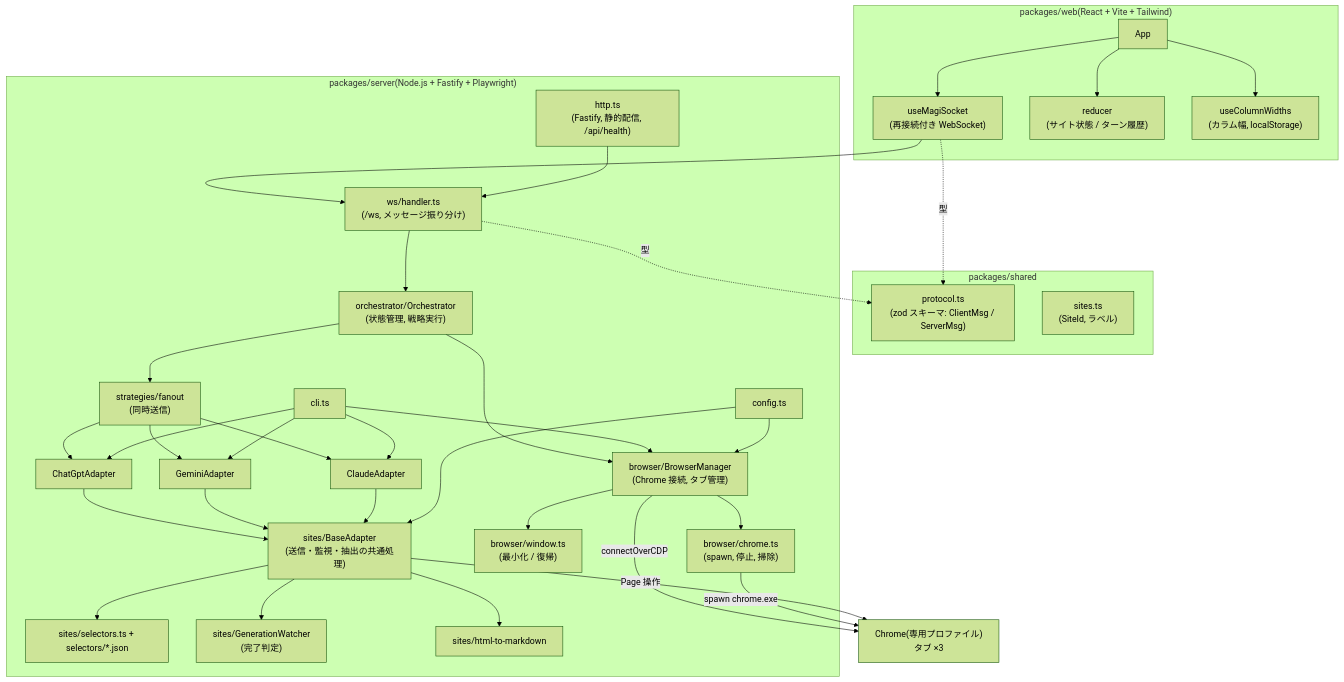
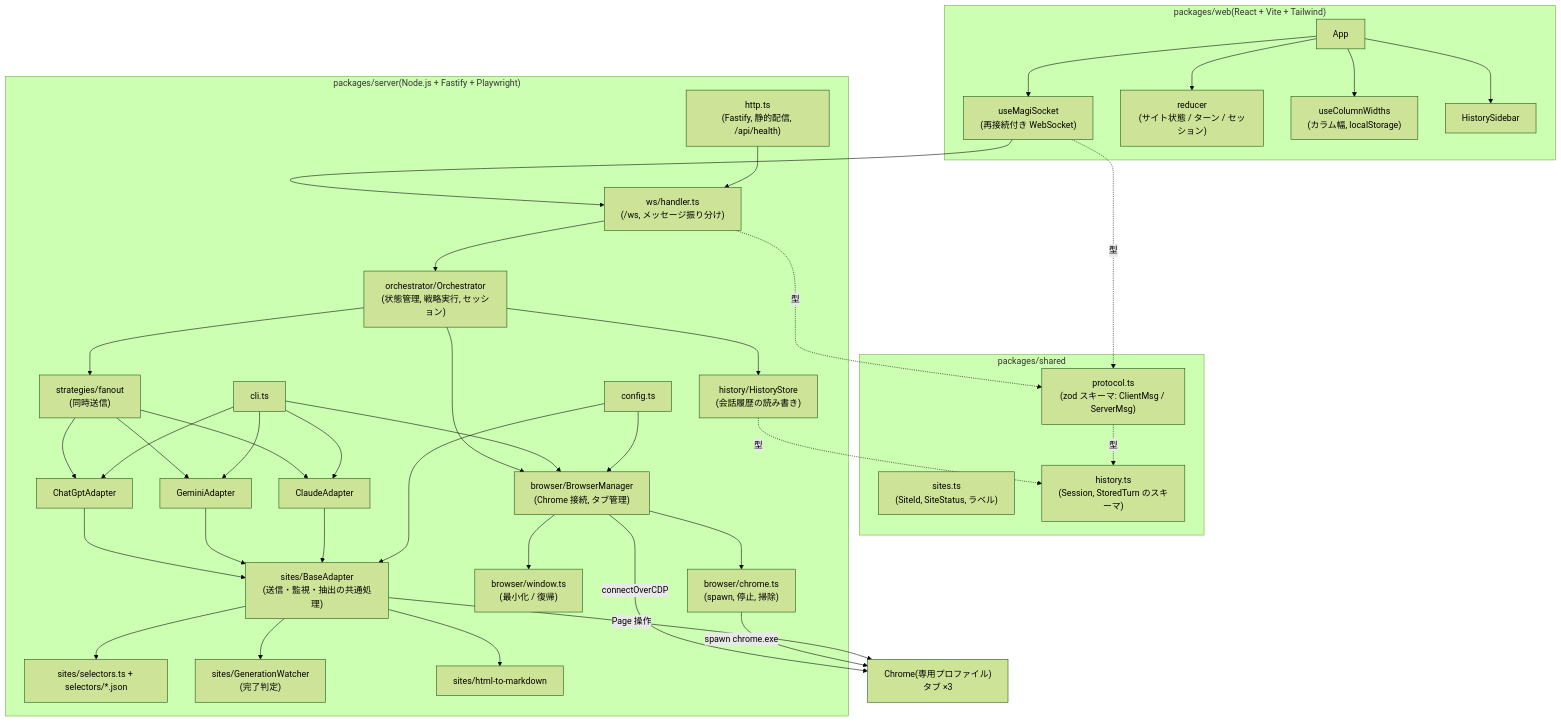
Before and after one commit to MotoyukiKatsumata/katsu-magi: the first of 12 diagrams in docs/design.md, drawn with Mermaid (forest theme). The commit also changed other lines of this file and 29 other files, not shown here.

````diff
--- a/docs/design.md
+++ b/docs/design.md
@@ -49,53 +49,60 @@
 ```mermaid
 flowchart TB
     subgraph web["packages/web(React + Vite + Tailwind)"]
         APP["App"]
         SOCK["useMagiSocket<br/>(再接続付き WebSocket)"]
-        RED["reducer<br/>(サイト状態 / ターン履歴)"]
+        RED["reducer<br/>(サイト状態 / ターン / セッション)"]
         COLW["useColumnWidths<br/>(カラム幅, localStorage)"]
+        HSB["HistorySidebar"]
     end
 
     subgraph shared["packages/shared"]
         PROTO["protocol.ts<br/>(zod スキーマ: ClientMsg / ServerMsg)"]
-        SITES["sites.ts<br/>(SiteId, ラベル)"]
+        SITES["sites.ts<br/>(SiteId, SiteStatus, ラベル)"]
+        HIST["history.ts<br/>(Session, StoredTurn のスキーマ)"]
     end
 
     subgraph server["packages/server(Node.js + Fastify + Playwright)"]
         HTTP["http.ts<br/>(Fastify, 静的配信, /api/health)"]
         WS["ws/handler.ts<br/>(/ws, メッセージ振り分け)"]
-        ORCH["orchestrator/Orchestrator<br/>(状態管理, 戦略実行)"]
+        ORCH["orchestrator/Orchestrator<br/>(状態管理, 戦略実行, セッション)"]
         FAN["strategies/fanout<br/>(同時送信)"]
+        HS["history/HistoryStore<br/>(会話履歴の読み書き)"]
         BM["browser/BrowserManager<br/>(Chrome 接続, タブ管理)"]
         CHR["browser/chrome.ts<br/>(spawn, 停止, 掃除)"]
         WIN["browser/window.ts<br/>(最小化 / 復帰)"]
         BASE["sites/BaseAdapter<br/>(送信・監視・抽出の共通処理)"]
         A1["ChatGptAdapter"]
         A2["GeminiAdapter"]
         A3["ClaudeAdapter"]
         SEL["sites/selectors.ts + selectors/*.json"]
         GW["sites/GenerationWatcher<br/>(完了判定)"]
         H2M["sites/html-to-markdown"]
         CFG["config.ts"]
         CLI["cli.ts"]
     end
 
     CHROME["Chrome(専用プロファイル)<br/>タブ ×3"]
 
     APP --> SOCK --> WS
     APP --> RED
     APP --> COLW
+    APP --> HSB
     SOCK -. 型 .-> PROTO
     WS -. 型 .-> PROTO
+    PROTO -. 型 .-> HIST
+    ORCH --> HS
+    HS -. 型 .-> HIST
     WS --> ORCH --> FAN
     FAN --> A1 & A2 & A3
     A1 & A2 & A3 --> BASE
     BASE --> SEL & GW & H2M
     ORCH --> BM
     BM --> CHR & WIN
     BM -- "connectOverCDP" --> CHROME
     CHR -- "spawn chrome.exe" --> CHROME
     BASE -- "Page 操作" --> CHROME
     HTTP --> WS
     CLI --> BM & A1 & A2 & A3
     CFG --> BM & BASE
 ```
````
